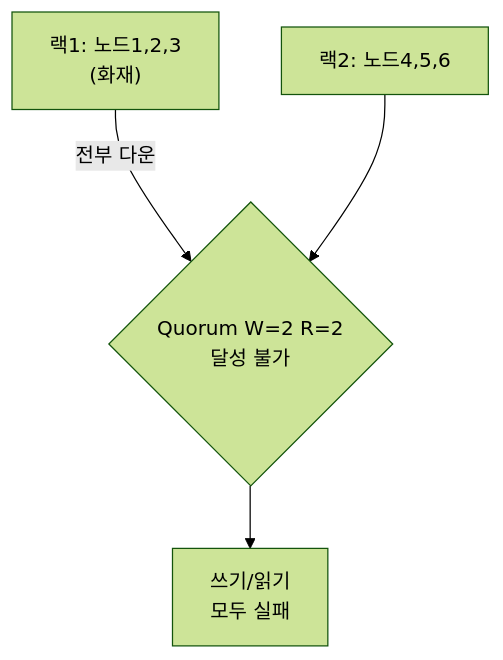
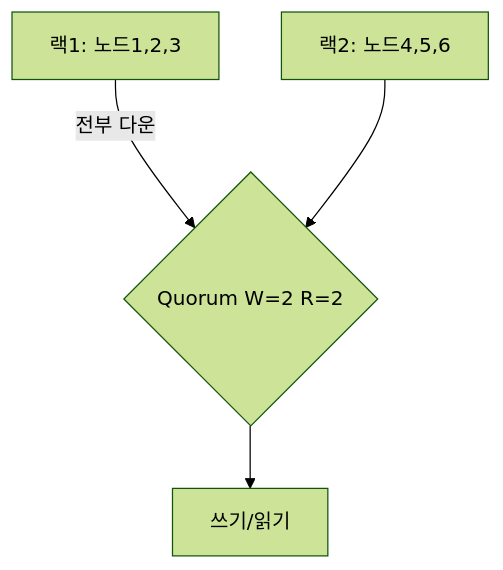
One commit to yjkim2015/yjkim2015.github.io changed the eighth of 8 diagrams in _posts/systemdesign/2026-05-03-system-design-kv-store.md. Above: the diagram before and after it, drawn with Mermaid (forest theme). The commit also changed other lines of this file and 217 other files, not shown here.

First line of the commit message:
Mermaid 크기 수정: useMaxWidth:true + SVG max-width:100% + 라벨 축소

````diff
--- a/_posts/systemdesign/2026-05-03-system-design-kv-store.md
+++ b/_posts/systemdesign/2026-05-03-system-design-kv-store.md
@@ -673,6 +673,6 @@
 ```mermaid
 graph TD
-    Rack1["랙1: 노드1,2,3\n(화재)"] -->|"전부 다운"| Q{"Quorum W=2 R=2\n달성 불가"}
-    Q --> FAIL["쓰기/읽기\n모두 실패"]
+    Rack1["랙1: 노드1,2,3"] -->|"전부 다운"| Q{"Quorum W=2 R=2"}
+    Q --> FAIL["쓰기/읽기"]
     Rack2["랙2: 노드4,5,6"] --> Q
 ```
````
